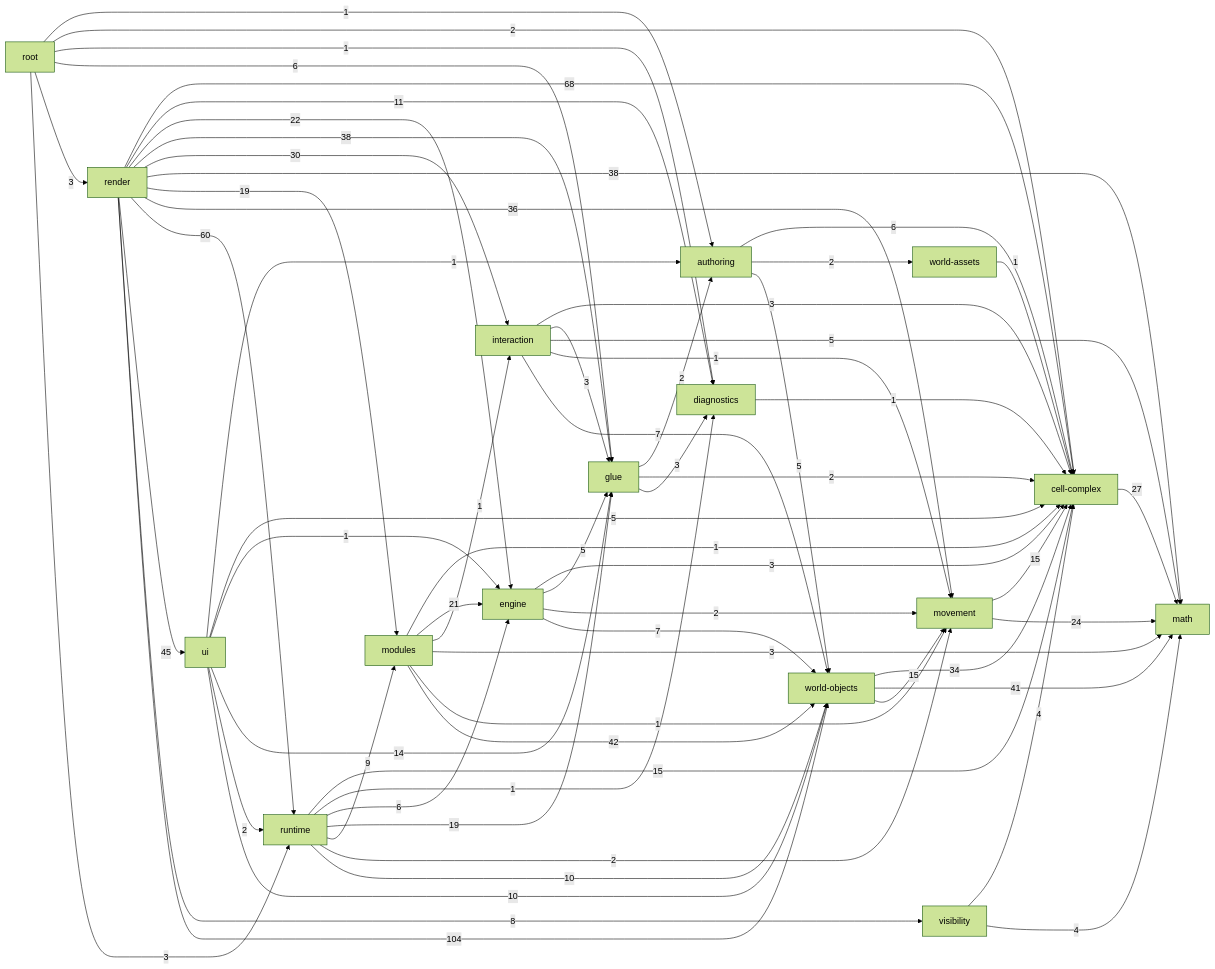
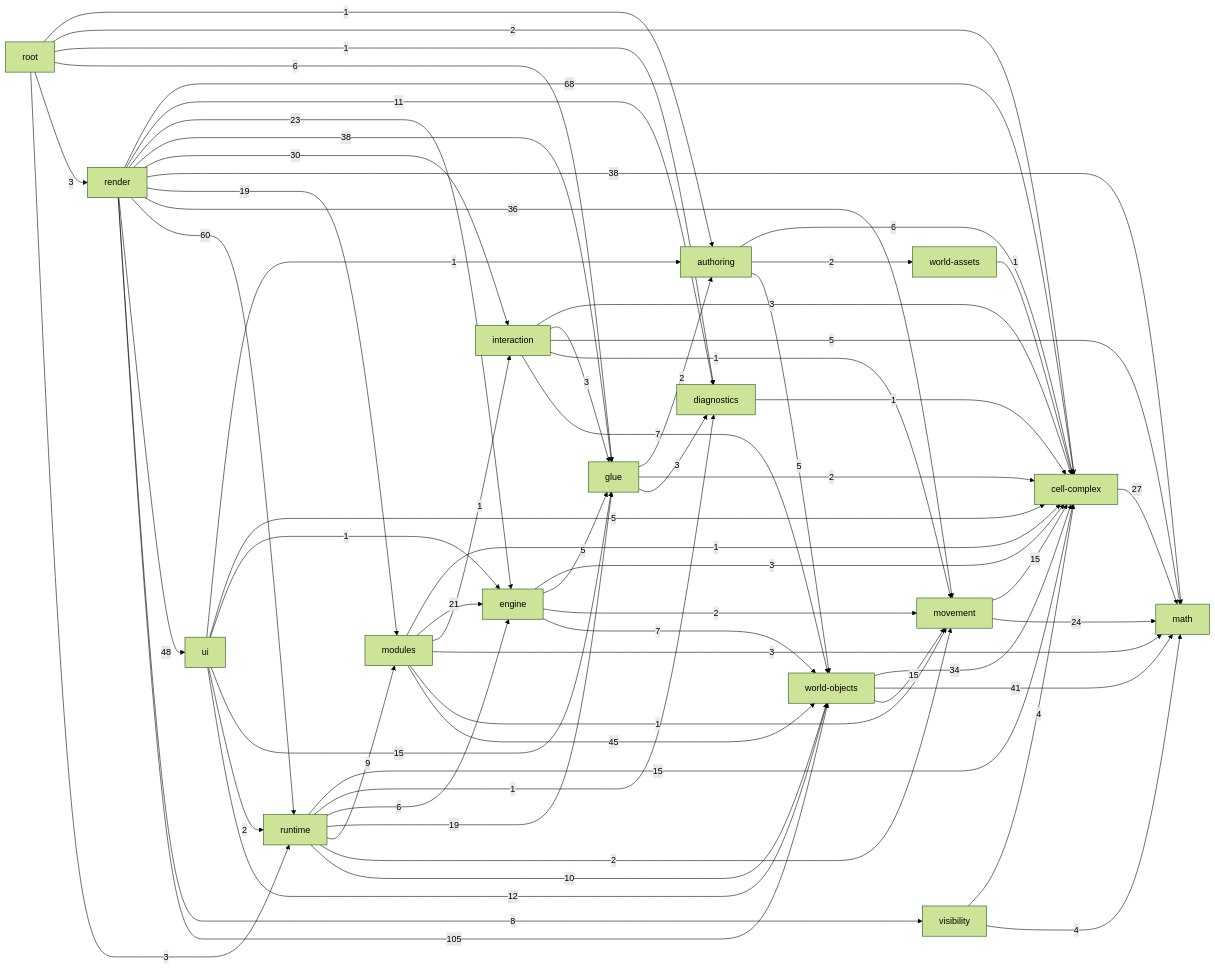
The diagram in _docs/generated/ARCHITECTURE_REFERENCE.md (guraltsev/noneuclid-fpv), drawn with Mermaid (forest theme) before and after one commit. The commit also changed other lines of this file and 1 other file, not shown here.

Commit message:
Regenerate the architecture and API references

````diff
--- a/_docs/generated/ARCHITECTURE_REFERENCE.md
+++ b/_docs/generated/ARCHITECTURE_REFERENCE.md
@@ -37,81 +37,81 @@
 ```mermaid
 flowchart LR
   math["math"]
   cell_complex["cell-complex"]
   diagnostics["diagnostics"]
   visibility["visibility"]
   movement["movement"]
   world_assets["world-assets"]
   world_objects["world-objects"]
   authoring["authoring"]
   glue["glue"]
   interaction["interaction"]
   engine["engine"]
   modules["modules"]
   runtime["runtime"]
   ui["ui"]
   render["render"]
   root["root"]
   authoring -->|6| cell_complex
   authoring -->|2| world_assets
   authoring -->|5| world_objects
   cell_complex -->|27| math
   diagnostics -->|1| cell_complex
   engine -->|3| cell_complex
   engine -->|5| glue
   engine -->|2| movement
   engine -->|7| world_objects
   glue -->|2| authoring
   glue -->|2| cell_complex
   glue -->|3| diagnostics
   interaction -->|3| cell_complex
   interaction -->|3| glue
   interaction -->|5| math
   interaction -->|1| movement
   interaction -->|7| world_objects
   modules -->|1| cell_complex
   modules -->|21| engine
   modules -->|1| interaction
   modules -->|3| math
   modules -->|1| movement
-  modules -->|42| world_objects
+  modules -->|45| world_objects
   movement -->|15| cell_complex
   movement -->|24| math
   render -->|68| cell_complex
   render -->|11| diagnostics
-  render -->|22| engine
+  render -->|23| engine
   render -->|38| glue
   render -->|30| interaction
   render -->|38| math
   render -->|19| modules
   render -->|36| movement
   render -->|60| runtime
-  render -->|45| ui
+  render -->|48| ui
   render -->|8| visibility
-  render -->|104| world_objects
+  render -->|105| world_objects
   root -->|1| authoring
   root -->|2| cell_complex
   root -->|1| diagnostics
   root -->|6| glue
   root -->|3| render
   root -->|3| runtime
   runtime -->|15| cell_complex
   runtime -->|1| diagnostics
   runtime -->|6| engine
   runtime -->|19| glue
   runtime -->|9| modules
   runtime -->|2| movement
   runtime -->|10| world_objects
   ui -->|1| authoring
   ui -->|5| cell_complex
   ui -->|1| engine
-  ui -->|14| glue
+  ui -->|15| glue
   ui -->|2| runtime
-  ui -->|10| world_objects
+  ui -->|12| world_objects
   visibility -->|4| cell_complex
   visibility -->|4| math
   world_assets -->|1| cell_complex
   world_objects -->|34| cell_complex
   world_objects -->|41| math
   world_objects -->|15| movement
 ```
````
